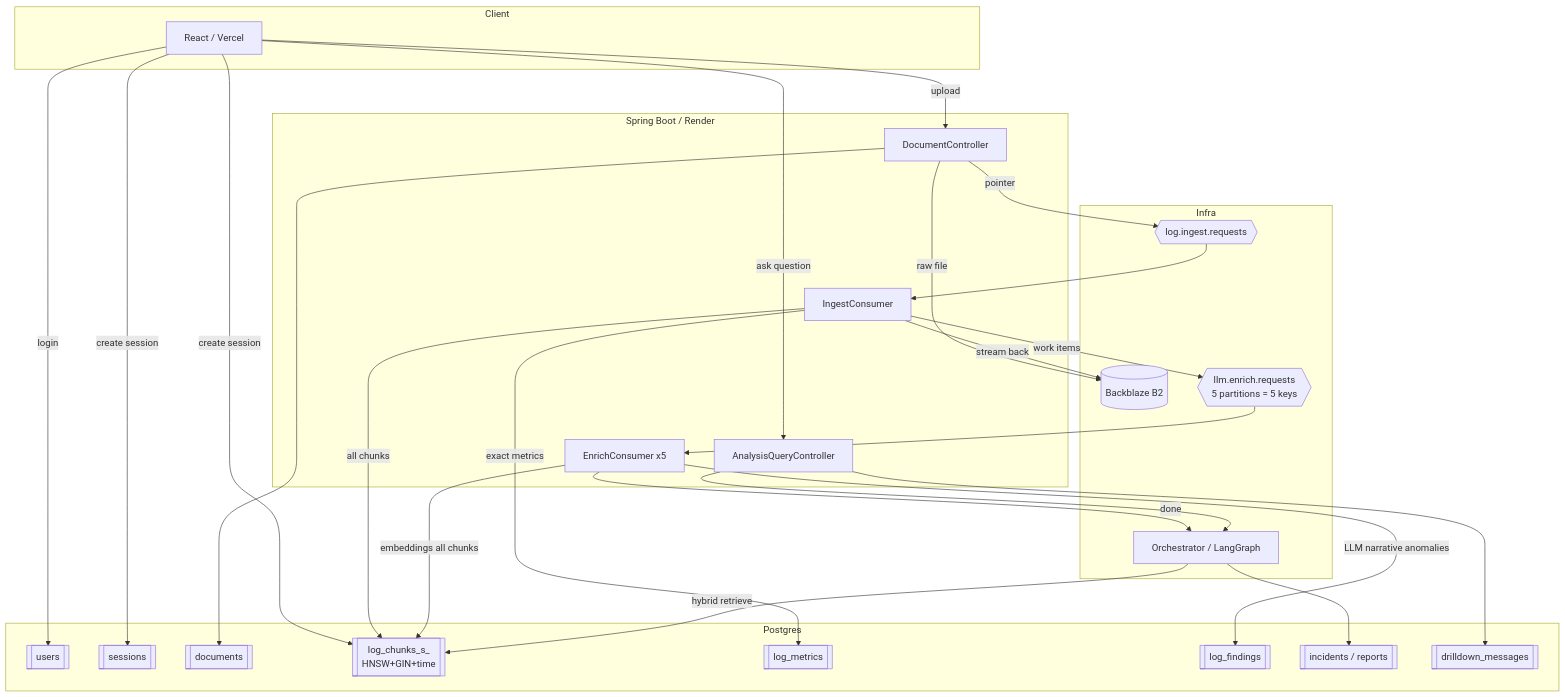
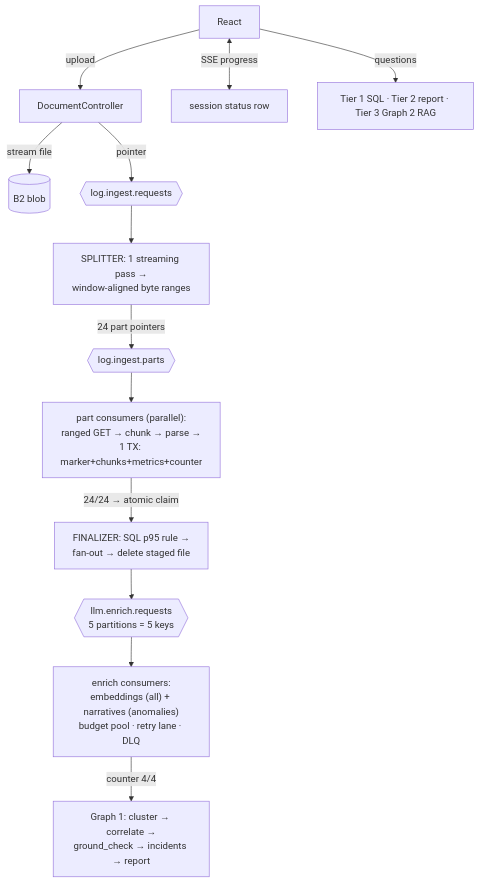
One commit to shubamchaudhary/ChunkAI changed the sixth of 6 diagrams in docs/current-design-walkthrough.md. Above: the diagram before and after it, drawn with Mermaid. The commit also changed other lines of this file and 5 other files, not shown here.

````diff
--- a/docs/current-design-walkthrough.md
+++ b/docs/current-design-walkthrough.md
@@ -390,50 +476,15 @@
 ```mermaid
 flowchart TD
-    subgraph Client
-      FE[React / Vercel]
-    end
-    subgraph Backend[Spring Boot / Render]
-      UP[DocumentController] 
-      IC[IngestConsumer]
-      EC[EnrichConsumer x5]
-      QC[AnalysisQueryController]
-    end
-    subgraph Infra
-      B2[(Backblaze B2)]
-      K1{{log.ingest.requests}}
-      K2{{llm.enrich.requests<br/>5 partitions = 5 keys}}
-      OR[Orchestrator / LangGraph]
-    end
-    subgraph Postgres
-      T1[[users]]
-      T2[[sessions]]
-      T3[[documents]]
-      T4[[log_chunks_s_<id><br/>HNSW+GIN+time]]
-      T5[[log_metrics]]
-      T6[[log_findings]]
-      T7[[incidents / reports]]
-      T8[[drilldown_messages]]
-    end
-
-    FE -->|login| T1
-    FE -->|create session| T2
-    FE -->|create session| T4
-    FE -->|upload| UP
-    UP -->|raw file| B2
-    UP --> T3
-    UP -->|pointer| K1
-    K1 --> IC
-    IC -->|stream back| B2
-    IC -->|all chunks| T4
-    IC -->|exact metrics| T5
-    IC -->|work items| K2
-    K2 --> EC
-    EC -->|embeddings all chunks| T4
-    EC -->|LLM narrative anomalies| T6
-    EC -->|done| OR
-    OR --> T7
-    FE -->|ask question| QC
-    QC --> OR
-    OR -->|hybrid retrieve| T4
-    QC --> T8
+    FE[React] -->|upload| UP[DocumentController]
+    UP -->|stream file| B2[(B2 blob)]
+    UP -->|pointer| K1{{log.ingest.requests}}
+    K1 --> SP["SPLITTER: 1 streaming pass →<br/>window-aligned byte ranges"]
+    SP -->|24 part pointers| KP{{log.ingest.parts}}
+    KP --> PC["part consumers (parallel):<br/>ranged GET → chunk → parse →<br/>1 TX: marker+chunks+metrics+counter"]
+    PC -->|"24/24 → atomic claim"| FIN["FINALIZER: SQL p95 rule →<br/>fan-out → delete staged file"]
+    FIN --> K2{{"llm.enrich.requests<br/>5 partitions = 5 keys"}}
+    K2 --> EC["enrich consumers:<br/>embeddings (all) + narratives (anomalies)<br/>budget pool · retry lane · DLQ"]
+    EC -->|"counter 4/4"| OR["Graph 1: cluster → correlate →<br/>ground_check → incidents → report"]
+    FE <-->|SSE progress| ST[session status row]
+    FE -->|questions| Q["Tier 1 SQL · Tier 2 report · Tier 3 Graph 2 RAG"]
 ```
````
